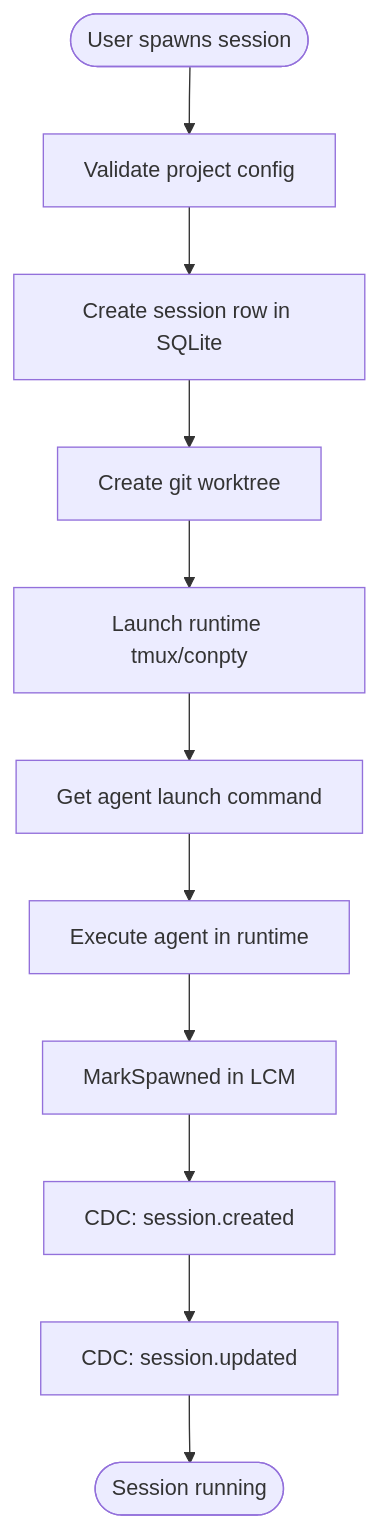
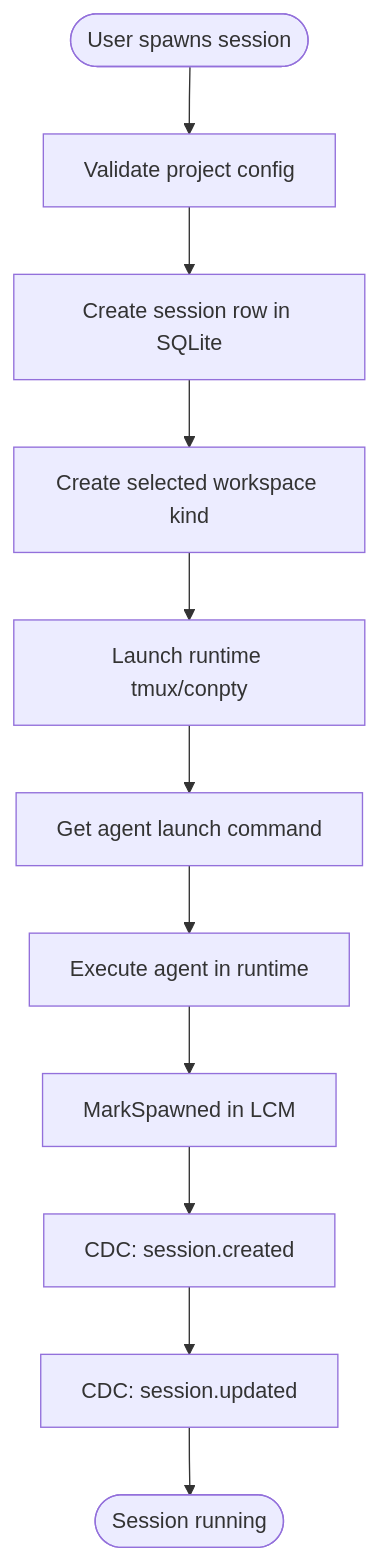
The seventh of 23 diagrams in docs/architecture.md (xuelongmu/agent-orchestrator), drawn with Mermaid before and after one commit. The commit also changed other lines of this file and 48 other files, not shown here.

````diff
--- a/docs/architecture.md
+++ b/docs/architecture.md
@@ -265,14 +265,14 @@
 ```mermaid
 flowchart TD
     Start([User spawns session]) --> Validate[Validate project config]
     Validate --> CreateRow[Create session row in SQLite]
-    CreateRow --> CreateWS[Create git worktree]
+    CreateRow --> CreateWS[Create selected workspace kind]
     CreateWS --> CreateRT[Launch runtime tmux/conpty]
     CreateRT --> GetCmd[Get agent launch command]
     GetCmd --> ExecAgent[Execute agent in runtime]
     ExecAgent --> MarkSpawned[MarkSpawned in LCM]
     MarkSpawned --> Trigger1[CDC: session.created]
     Trigger1 --> Trigger2[CDC: session.updated]
     Trigger2 --> Done([Session running])
 
 ```
````
